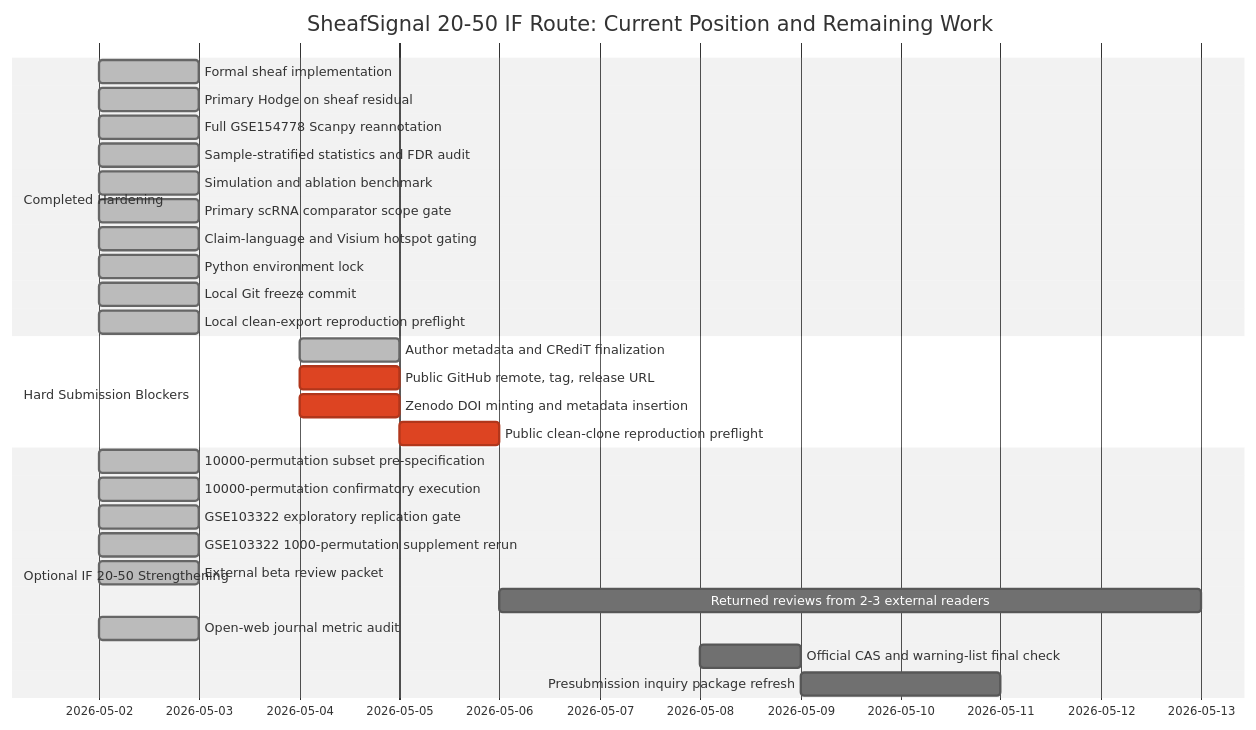
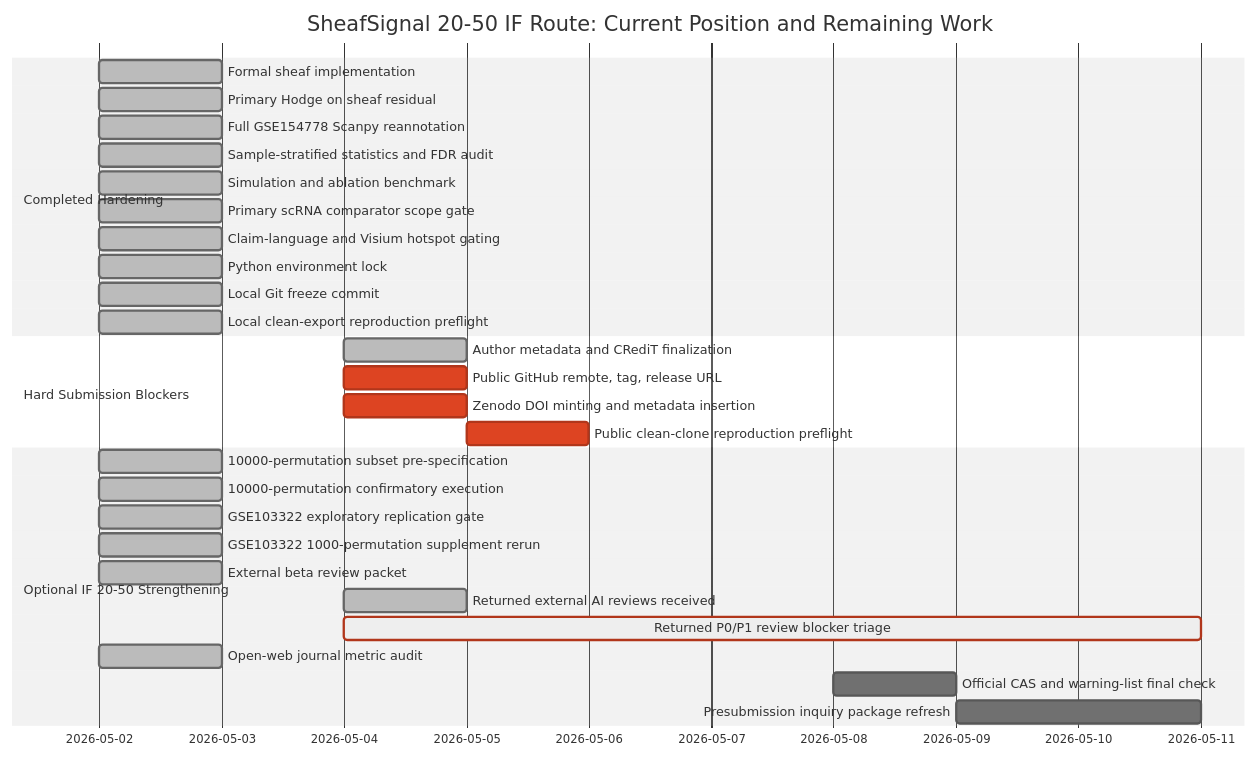
One commit to healthgreat/SheafSignal changed the diagram in manuscript/IF20_50_DISTANCE_REPORT.md. Above: the diagram before and after it, drawn with Mermaid (neutral theme). The commit also changed other lines of this file and 35 other files, not shown here.

Commit message:
Triage returned external reviews

````diff
--- a/manuscript/IF20_50_DISTANCE_REPORT.md
+++ b/manuscript/IF20_50_DISTANCE_REPORT.md
@@ -83,34 +85,35 @@
 ```mermaid
 gantt
     title SheafSignal 20-50 IF Route: Current Position and Remaining Work
     dateFormat  YYYY-MM-DD
 
     section Completed Hardening
     Formal sheaf implementation                  :done, 2026-05-02, 1d
     Primary Hodge on sheaf residual              :done, 2026-05-02, 1d
     Full GSE154778 Scanpy reannotation           :done, 2026-05-02, 1d
     Sample-stratified statistics and FDR audit   :done, 2026-05-02, 1d
     Simulation and ablation benchmark            :done, 2026-05-02, 1d
     Primary scRNA comparator scope gate          :done, 2026-05-02, 1d
     Claim-language and Visium hotspot gating     :done, 2026-05-02, 1d
     Python environment lock                      :done, 2026-05-02, 1d
     Local Git freeze commit                      :done, 2026-05-02, 1d
     Local clean-export reproduction preflight    :done, 2026-05-02, 1d
 
     section Hard Submission Blockers
     Author metadata and CRediT finalization      :done, 2026-05-04, 1d
     Public GitHub remote, tag, release URL       :crit, 2026-05-04, 1d
     Zenodo DOI minting and metadata insertion    :crit, 2026-05-04, 1d
     Public clean-clone reproduction preflight    :crit, 2026-05-05, 1d
 
     section Optional IF 20-50 Strengthening
     10000-permutation subset pre-specification   :done, 2026-05-02, 1d
     10000-permutation confirmatory execution     :done, 2026-05-02, 1d
     GSE103322 exploratory replication gate       :done, 2026-05-02, 1d
     GSE103322 1000-permutation supplement rerun  :done, 2026-05-02, 1d
     External beta review packet                  :done, 2026-05-02, 1d
-    Returned reviews from 2-3 external readers   :2026-05-06, 7d
+    Returned external AI reviews received        :done, 2026-05-04, 1d
+    Returned P0/P1 review blocker triage         :crit, active, 2026-05-04, 7d
     Open-web journal metric audit                :done, 2026-05-02, 1d
     Official CAS and warning-list final check    :2026-05-08, 1d
     Presubmission inquiry package refresh        :2026-05-09, 2d
 ```
````
